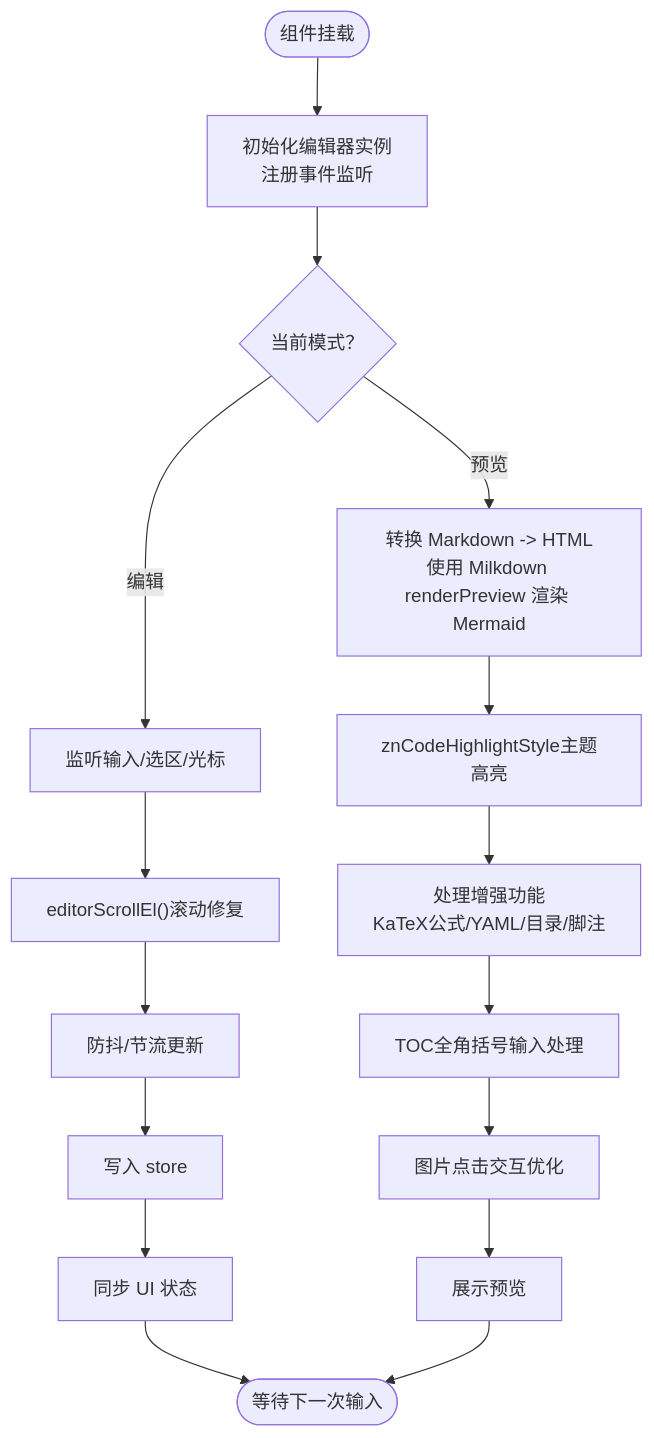
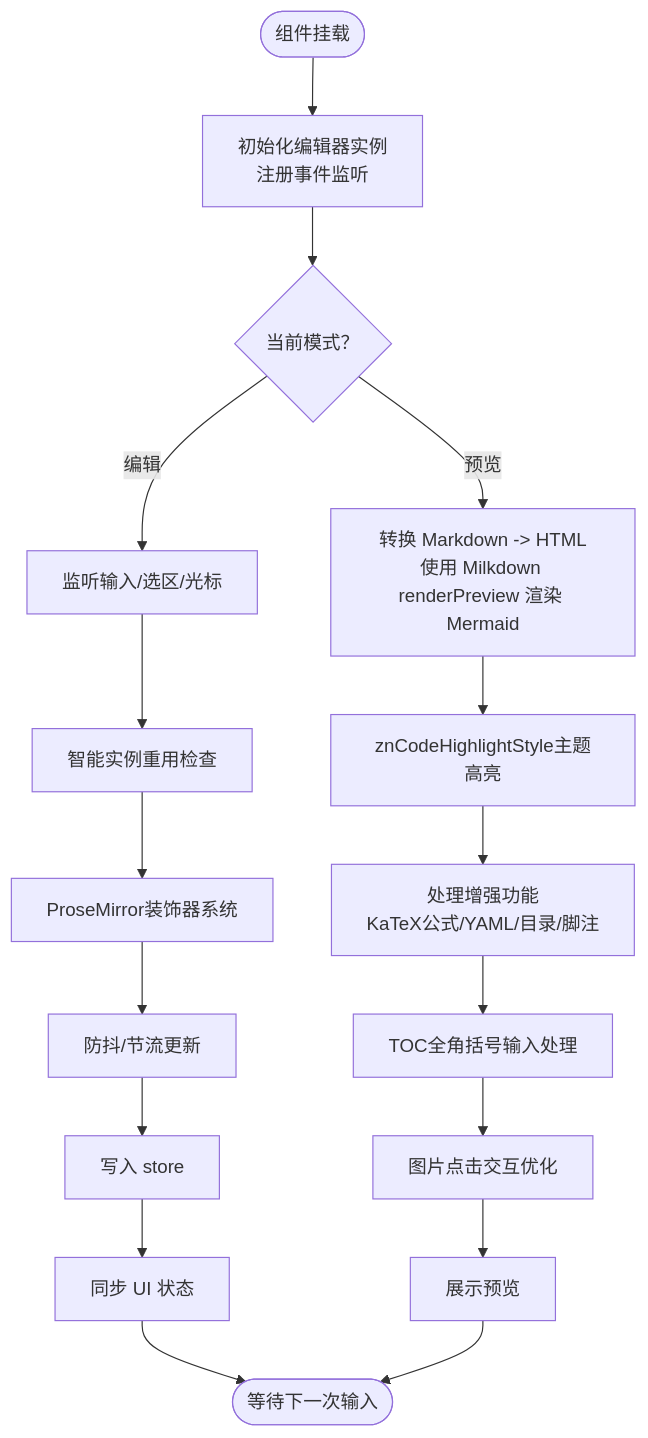
Before and after one commit to gongshiyun/ZenNote: the third of 8 diagrams in .qoder/repowiki/zh/content/核心组件/编辑器组件.md, drawn with Mermaid. The commit also changed other lines of this file and 38 other files, not shown here.

````diff
--- a/.qoder/repowiki/zh/content/核心组件/编辑器组件.md
+++ b/.qoder/repowiki/zh/content/核心组件/编辑器组件.md
@@ -194,18 +202,19 @@
 ```mermaid
 flowchart TD
 Start(["组件挂载"]) --> Init["初始化编辑器实例<br/>注册事件监听"]
 Init --> Mode{"当前模式？"}
 Mode --> |编辑| EditFlow["监听输入/选区/光标"]
 Mode --> |预览| PreviewFlow["转换 Markdown -> HTML<br/>使用 Milkdown renderPreview 渲染 Mermaid"]
-EditFlow --> ScrollFix["editorScrollEl()滚动修复"]
-ScrollFix --> Debounce["防抖/节流更新"]
+EditFlow --> InstanceReuse["智能实例重用检查"]
+InstanceReuse --> DecoratorSystem["ProseMirror装饰器系统"]
+DecoratorSystem --> Debounce["防抖/节流更新"]
 Debounce --> UpdateStore["写入 store"]
 PreviewFlow --> ThemeHighlight["znCodeHighlightStyle主题高亮"]
 ThemeHighlight --> ProcessFeatures["处理增强功能<br/>KaTeX公式/YAML/目录/脚注"]
 ProcessFeatures --> TocInput["TOC全角括号输入处理"]
 TocInput --> ImgInteract["图片点击交互优化"]
 ImgInteract --> ShowPreview["展示预览"]
 UpdateStore --> SyncUI["同步 UI 状态"]
 SyncUI --> End(["等待下一次输入"])
 ShowPreview --> End
 ```
````
